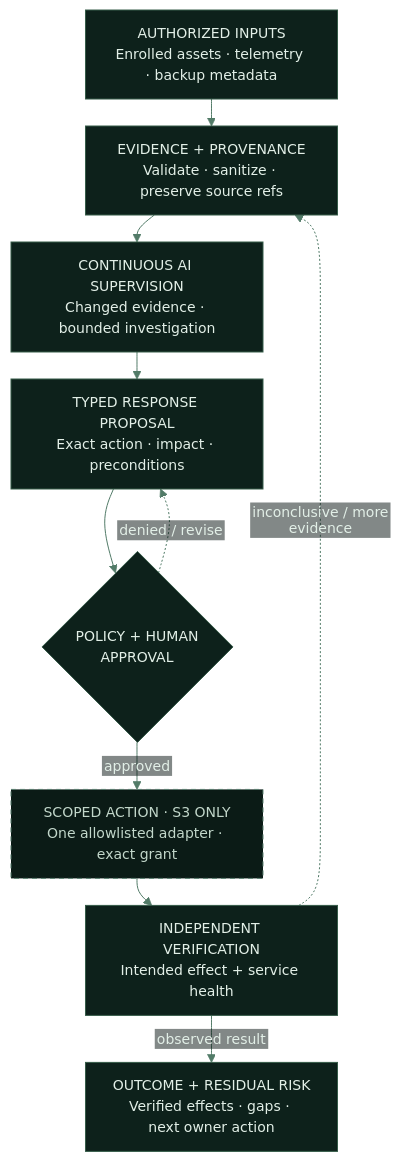
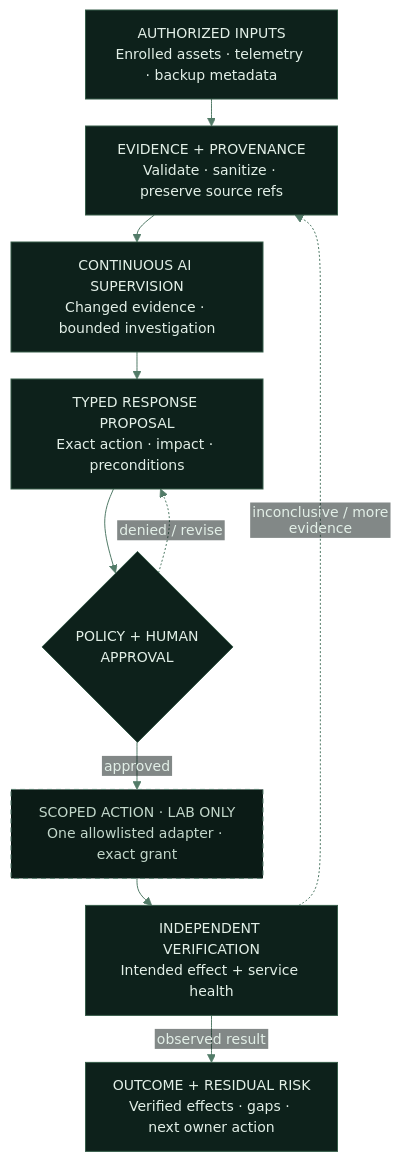
One commit to LumosLab-Innovation/OpenShieldAI changed the diagram in site/defense-flow.mmd. Above: the diagram before and after it, drawn with Mermaid. The commit also changed 63 other files, not shown here.

First line of the commit message:
feat: implement synthetic runtime and isolated defense lab

```diff
--- a/site/defense-flow.mmd
+++ b/site/defense-flow.mmd
@@ -1,44 +1,44 @@
 ---
 config:
   theme: base
   securityLevel: strict
   themeVariables:
     background: '#071211'
     primaryColor: '#0d211b'
     primaryTextColor: '#e2efe7'
     primaryBorderColor: '#365c49'
     lineColor: '#527b68'
     secondaryColor: '#10291f'
     tertiaryColor: '#0b1b16'
     edgeLabelBackground: '#071211'
     fontFamily: 'Segoe UI, Arial, sans-serif'
     fontSize: '14px'
   flowchart:
     htmlLabels: false
     curve: basis
     nodeSpacing: 26
     rankSpacing: 27
     padding: 13
 ---
 flowchart TD
-  accTitle: Proposed OpenShieldAI defense architecture
-  accDescr: Authorized inputs flow through evidence validation, bounded investigation and a typed proposal. Policy and exact human approval precede the future S3 action adapter. Independent verification determines outcomes. Denied proposals are revised; inconclusive checks return for evidence. This is a proposed design, not a live system.
+  accTitle: OpenShieldAI supervisory workflow
+  accDescr: Authorized inputs flow through evidence validation, bounded investigation and a typed proposal. Policy and exact approval precede the isolated lab action adapter. Independent verification determines outcomes. Denied proposals are revised; inconclusive checks return for evidence. This walkthrough is illustrative, not a live control panel. Production and real AI efficacy gates remain open.
   INPUT["AUTHORIZED INPUTS<br/>Enrolled assets · telemetry · backup metadata"]
   EVIDENCE["EVIDENCE + PROVENANCE<br/>Validate · sanitize · preserve source refs"]
   REASON["CONTINUOUS AI SUPERVISION<br/>Changed evidence · bounded investigation"]
   PROPOSAL["TYPED RESPONSE PROPOSAL<br/>Exact action · impact · preconditions"]
   GATE{"POLICY + HUMAN<br/>APPROVAL"}
-  ACTION["SCOPED ACTION · S3 ONLY<br/>One allowlisted adapter · exact grant"]
+  ACTION["SCOPED ACTION · LAB ONLY<br/>One allowlisted adapter · exact grant"]
   VERIFY["INDEPENDENT VERIFICATION<br/>Intended effect + service health"]
   OUTCOME["OUTCOME + RESIDUAL RISK<br/>Verified effects · gaps · next owner action"]
   INPUT --> EVIDENCE
   EVIDENCE --> REASON
   REASON --> PROPOSAL
   PROPOSAL --> GATE
   GATE -->|approved| ACTION
   GATE -.->|denied / revise| PROPOSAL
   ACTION --> VERIFY
   VERIFY -->|observed result| OUTCOME
   VERIFY -.->|inconclusive / more evidence| EVIDENCE
   classDef future fill:#0b1b16,stroke:#5b8070,stroke-dasharray:5 4,color:#c2d7ca
   class ACTION future
```
